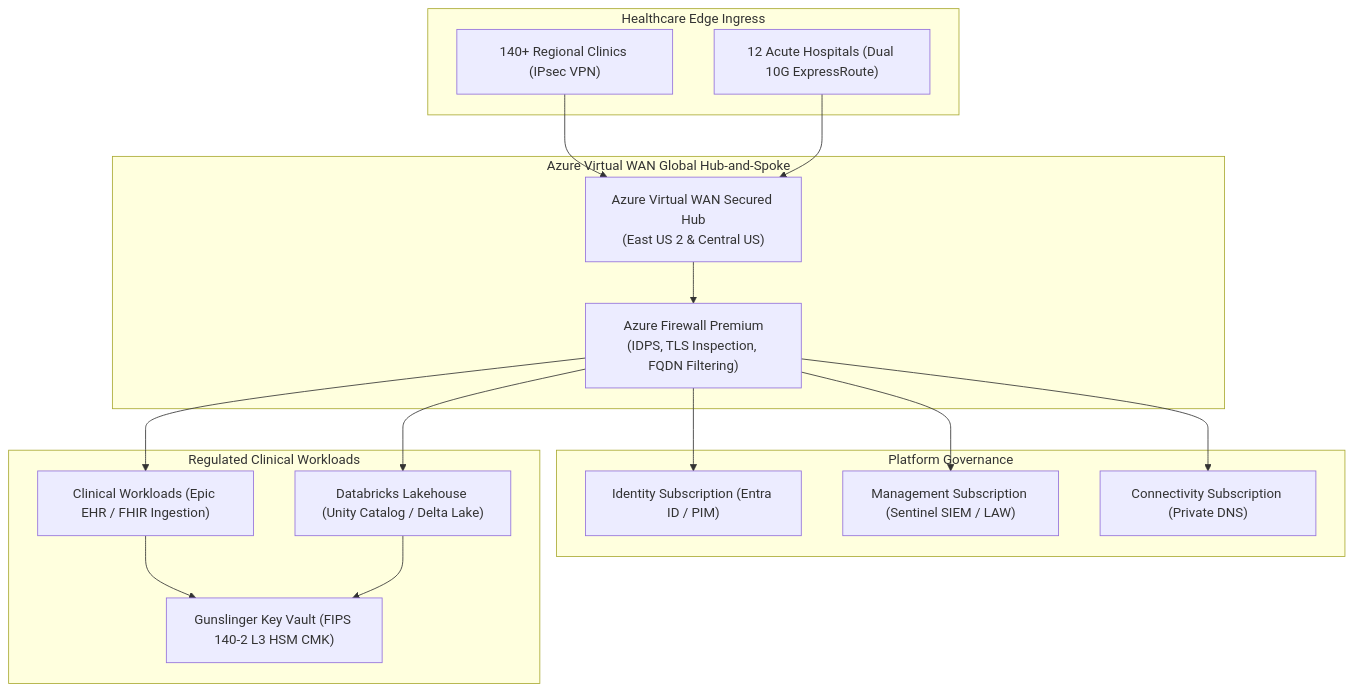
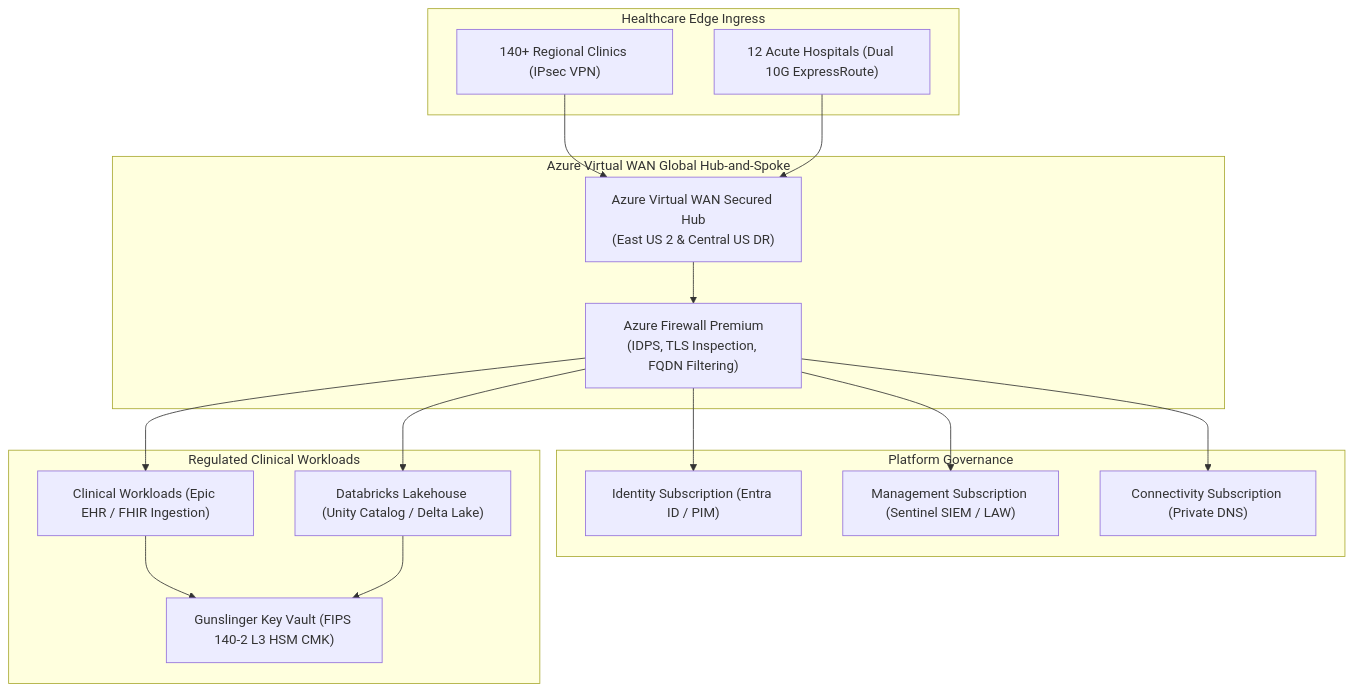
One commit to FreeFades2Black/mosaic-health-cloud-architecture changed the diagram in README.md. Above: the diagram before and after it, drawn with Mermaid. The commit also changed other lines of this file, not shown here.

````diff
--- a/README.md
+++ b/README.md
@@ -20,35 +99,35 @@
 ```mermaid
 graph TD
     subgraph "Healthcare Edge Ingress"
         Clinics["140+ Regional Clinics (IPsec VPN)"]
         Hospitals["12 Acute Hospitals (Dual 10G ExpressRoute)"]
     end
 
     subgraph "Azure Virtual WAN Global Hub-and-Spoke"
-        vWANHub["Azure Virtual WAN Secured Hub<br/>(East US 2 & Central US)"]
+        vWANHub["Azure Virtual WAN Secured Hub<br/>(East US 2 & Central US DR)"]
         SecuredFW["Azure Firewall Premium<br/>(IDPS, TLS Inspection, FQDN Filtering)"]
         vWANHub --> SecuredFW
     end
 
     subgraph "Platform Governance"
         IdSub["Identity Subscription (Entra ID / PIM)"]
         MgmtSub["Management Subscription (Sentinel SIEM / LAW)"]
         ConnSub["Connectivity Subscription (Private DNS)"]
     end
 
     subgraph "Regulated Clinical Workloads"
         ClinicalSub["Clinical Workloads (Epic EHR / FHIR Ingestion)"]
         LakehouseSub["Databricks Lakehouse (Unity Catalog / Delta Lake)"]
         KV["Gunslinger Key Vault (FIPS 140-2 L3 HSM CMK)"]
     end
 
     Clinics --> vWANHub
     Hospitals --> vWANHub
     SecuredFW --> IdSub
     SecuredFW --> MgmtSub
     SecuredFW --> ConnSub
     SecuredFW --> ClinicalSub
     SecuredFW --> LakehouseSub
     ClinicalSub --> KV
     LakehouseSub --> KV
 ```
````
